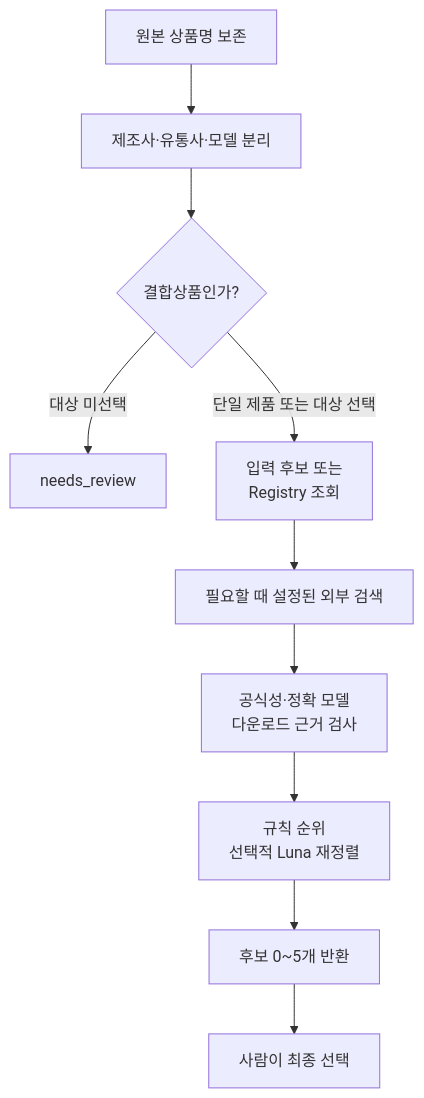
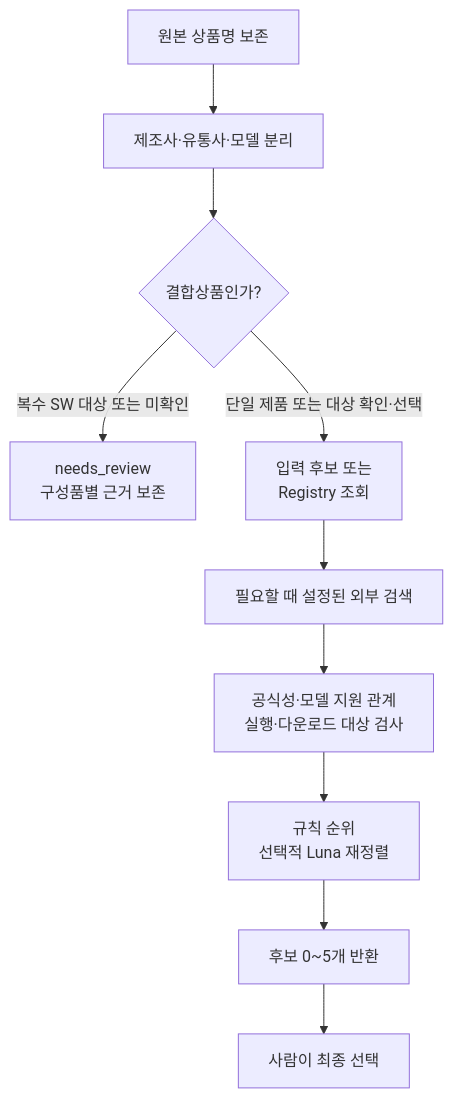
One commit to HoMongYi/coz-sw-matcher changed the diagram in docs/workflow.md. Above: the diagram before and after it, drawn with Mermaid. The commit also changed other lines of this file and 56 other files, not shown here.

````diff
--- a/docs/workflow.md
+++ b/docs/workflow.md
@@ -3,12 +3,12 @@
 ```mermaid
 flowchart TD
     A[원본 상품명 보존] --> B[제조사·유통사·모델 분리]
     B --> C{결합상품인가?}
-    C -->|대상 미선택| R[needs_review]
-    C -->|단일 제품 또는 대상 선택| D[입력 후보 또는<br/>Registry 조회]
+    C -->|복수 SW 대상 또는 미확인| R[needs_review<br/>구성품별 근거 보존]
+    C -->|단일 제품 또는 대상 확인·선택| D[입력 후보 또는<br/>Registry 조회]
     D --> E[필요할 때 설정된 외부 검색]
-    E --> F[공식성·정확 모델<br/>다운로드 근거 검사]
+    E --> F[공식성·모델 지원 관계<br/>실행·다운로드 대상 검사]
     F --> G[규칙 순위<br/>선택적 Luna 재정렬]
     G --> H[후보 0~5개 반환]
     H --> I[사람이 최종 선택]
 ```
````
